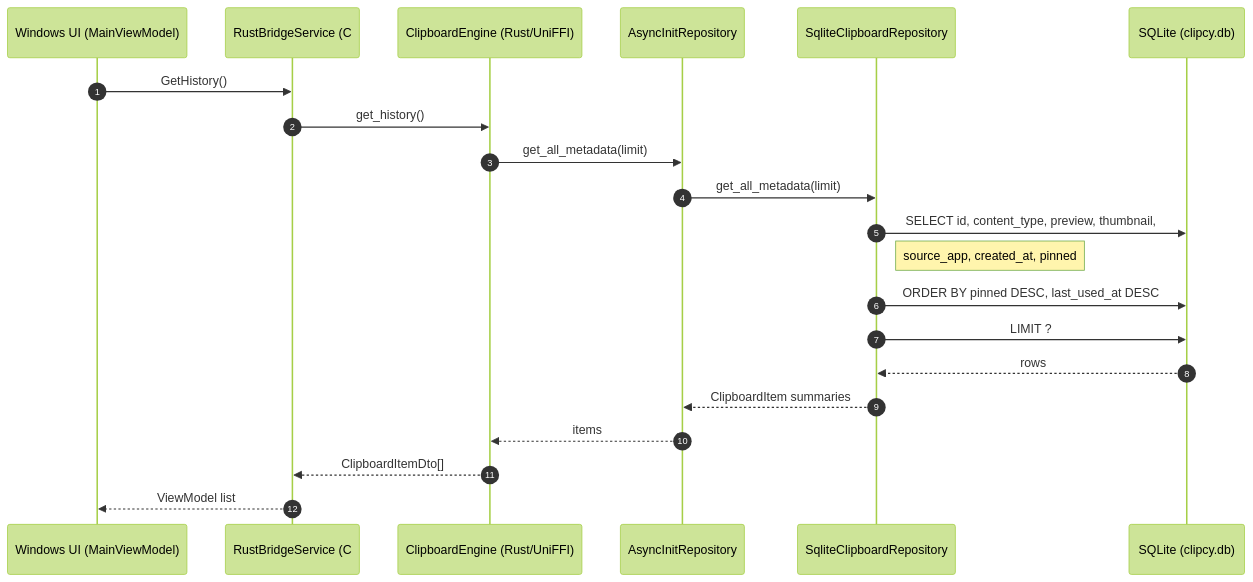
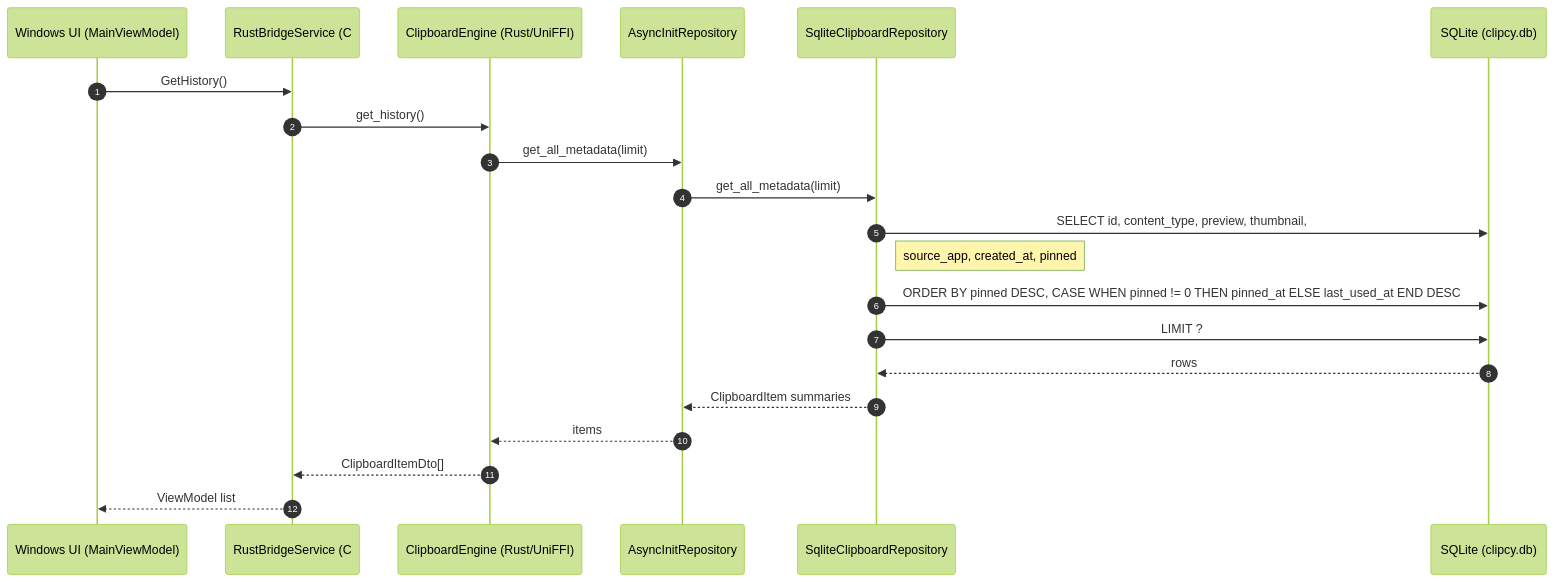
The first of 3 diagrams in docs/CLIPBOARD_ARCHITECTURE.md (daoanhthanh/clipcy), drawn with Mermaid (forest theme) before and after one commit. The commit also changed other lines of this file and 1 other file, not shown here.

````diff
--- a/docs/CLIPBOARD_ARCHITECTURE.md
+++ b/docs/CLIPBOARD_ARCHITECTURE.md
@@ -7,24 +7,24 @@
 ```mermaid
 sequenceDiagram
     autonumber
     participant UI as Windows UI (MainViewModel)
     participant Bridge as RustBridgeService (C#)
     participant Engine as ClipboardEngine (Rust/UniFFI)
     participant Repo as AsyncInitRepository
     participant Sqlite as SqliteClipboardRepository
     participant DB as SQLite (clipcy.db)
 
     UI->>Bridge: GetHistory()
     Bridge->>Engine: get_history()
     Engine->>Repo: get_all_metadata(limit)
     Repo->>Sqlite: get_all_metadata(limit)
     Sqlite->>DB: SELECT id, content_type, preview, thumbnail,
     Note right of Sqlite: source_app, created_at, pinned
-    Sqlite->>DB: ORDER BY pinned DESC, last_used_at DESC
+    Sqlite->>DB: ORDER BY pinned DESC, CASE WHEN pinned != 0 THEN pinned_at ELSE last_used_at END DESC
     Sqlite->>DB: LIMIT ?
     DB-->>Sqlite: rows
     Sqlite-->>Repo: ClipboardItem summaries
     Repo-->>Engine: items
     Engine-->>Bridge: ClipboardItemDto[]
     Bridge-->>UI: ViewModel list
 ```
````
